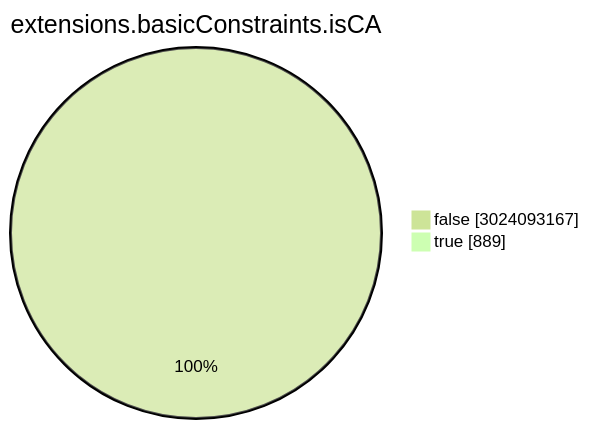
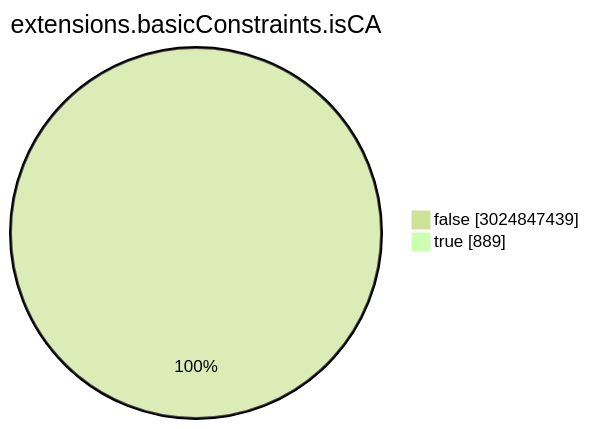
The seventh of 15 diagrams in TOTAL/README.md (christiankrug/ctmonitor_visualization), drawn with Mermaid (forest theme) before and after one commit. The commit also changed other lines of this file, not shown here.

````diff
--- a/TOTAL/README.md
+++ b/TOTAL/README.md
@@ -3086,6 +3086,6 @@
 ```mermaid
 pie showData
 title extensions.basicConstraints.isCA
-"false" :3024093167
+"false" :3024847439
 "true" :889
 ```
````
